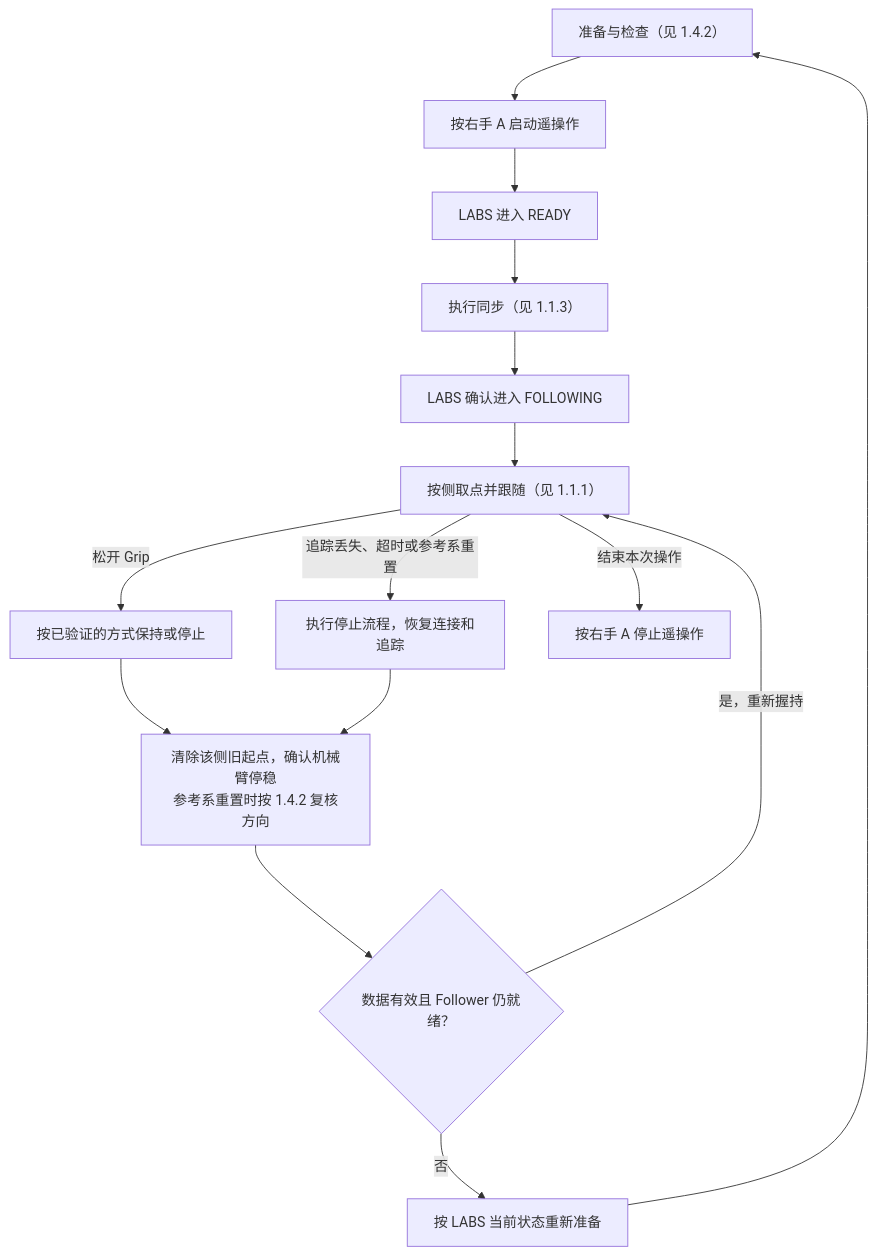
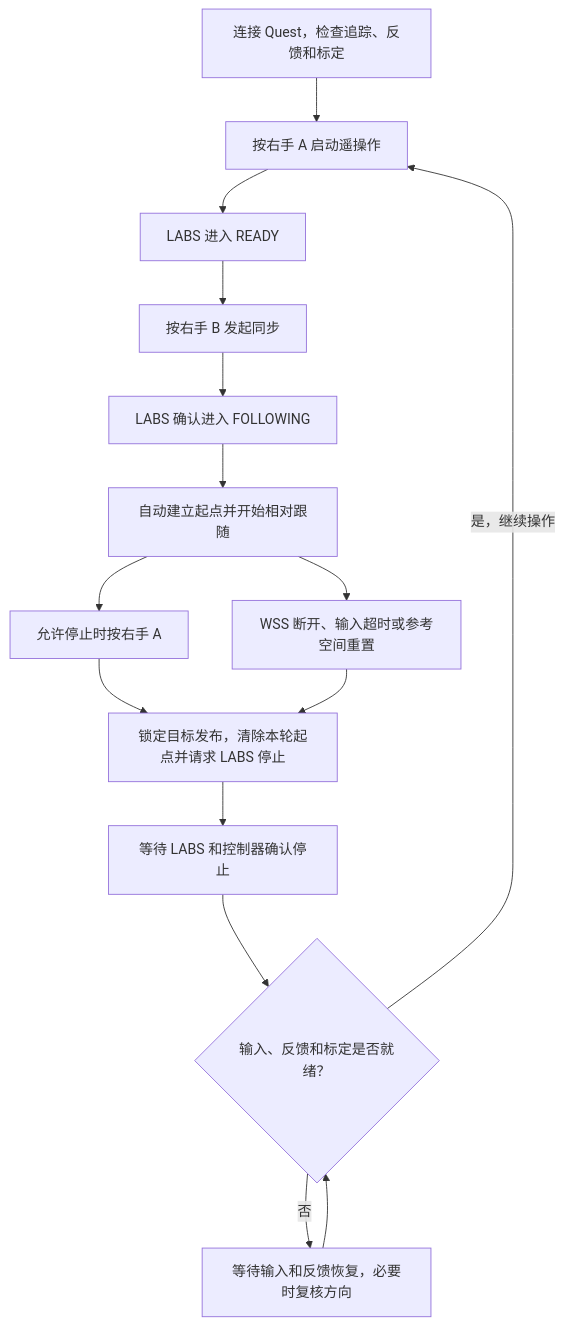
One commit to YYxzz8866/Quest-Proposal changed the second of 2 diagrams in 1、整体架构及开发范围.md. Above: the diagram before and after it, drawn with Mermaid. The commit also changed other lines of this file and 7 other files, not shown here.

````diff
--- a/1、整体架构及开发范围.md
+++ b/1、整体架构及开发范围.md
@@ -99,23 +99,23 @@
 ```mermaid
 flowchart TD
-    Connect["准备与检查（见 1.4.2）"]
+    Connect["连接 Quest，检查追踪、反馈和标定"]
     Start["按右手 A 启动遥操作"]
     Ready["LABS 进入 READY"]
-    Sync["执行同步（见 1.1.3）"]
+    Sync["按右手 B 发起同步"]
     Following["LABS 确认进入 FOLLOWING"]
-    Grip["按侧取点并跟随（见 1.1.1）"]
-    Pause["按已验证的方式保持或停止"]
-    Fault["执行停止流程，恢复连接和追踪"]
-    Wait["清除该侧旧起点，确认机械臂停稳<br/>参考系重置时按 1.4.2 复核方向"]
-    CanResume{"数据有效且 Follower 仍就绪？"}
-    Restart["按 LABS 当前状态重新准备"]
-    Stop["按右手 A 停止遥操作"]
+    Track["自动建立起点并开始相对跟随"]
+    Block["锁定目标发布，清除本轮起点并请求 LABS 停止"]
+    Fault["WSS 断开、输入超时或参考空间重置"]
+    Wait["等待 LABS 和控制器确认停止"]
+    CanResume{"输入、反馈和标定是否就绪？"}
+    Restart["等待输入和反馈恢复，必要时复核方向"]
+    Stop["允许停止时按右手 A"]
 
-    Connect --> Start --> Ready --> Sync --> Following --> Grip
-    Grip -->|松开 Grip| Pause --> Wait
-    Grip -->|追踪丢失、超时或参考系重置| Fault --> Wait
-    Wait --> CanResume
-    CanResume -->|是，重新握持| Grip
-    CanResume -->|否| Restart --> Connect
-    Grip -->|结束本次操作| Stop
+    Connect --> Start --> Ready --> Sync --> Following --> Track
+    Track --> Stop --> Block
+    Track --> Fault --> Block
+    Block --> Wait --> CanResume
+    CanResume -->|是，继续操作| Start
+    CanResume -->|否| Restart
+    Restart --> CanResume
 ```
````
